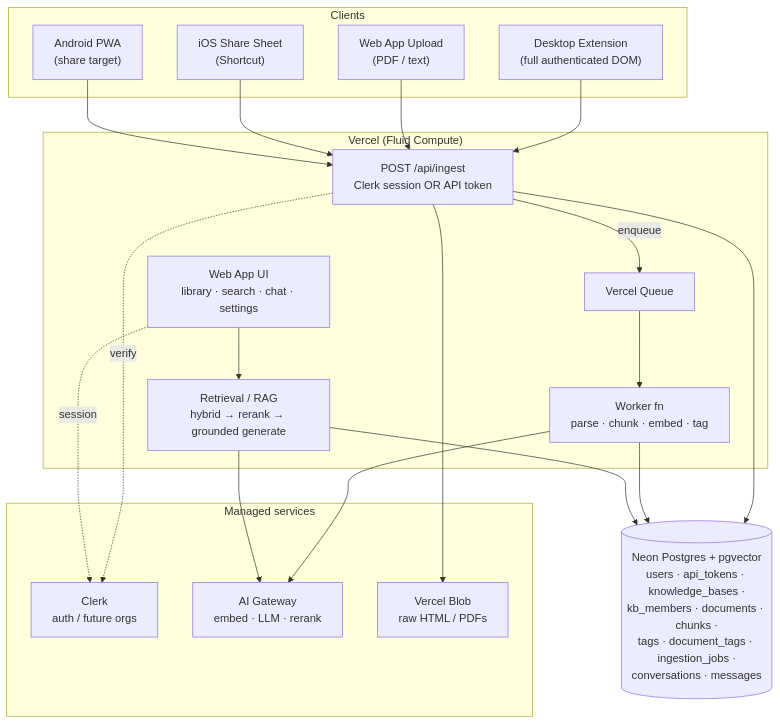
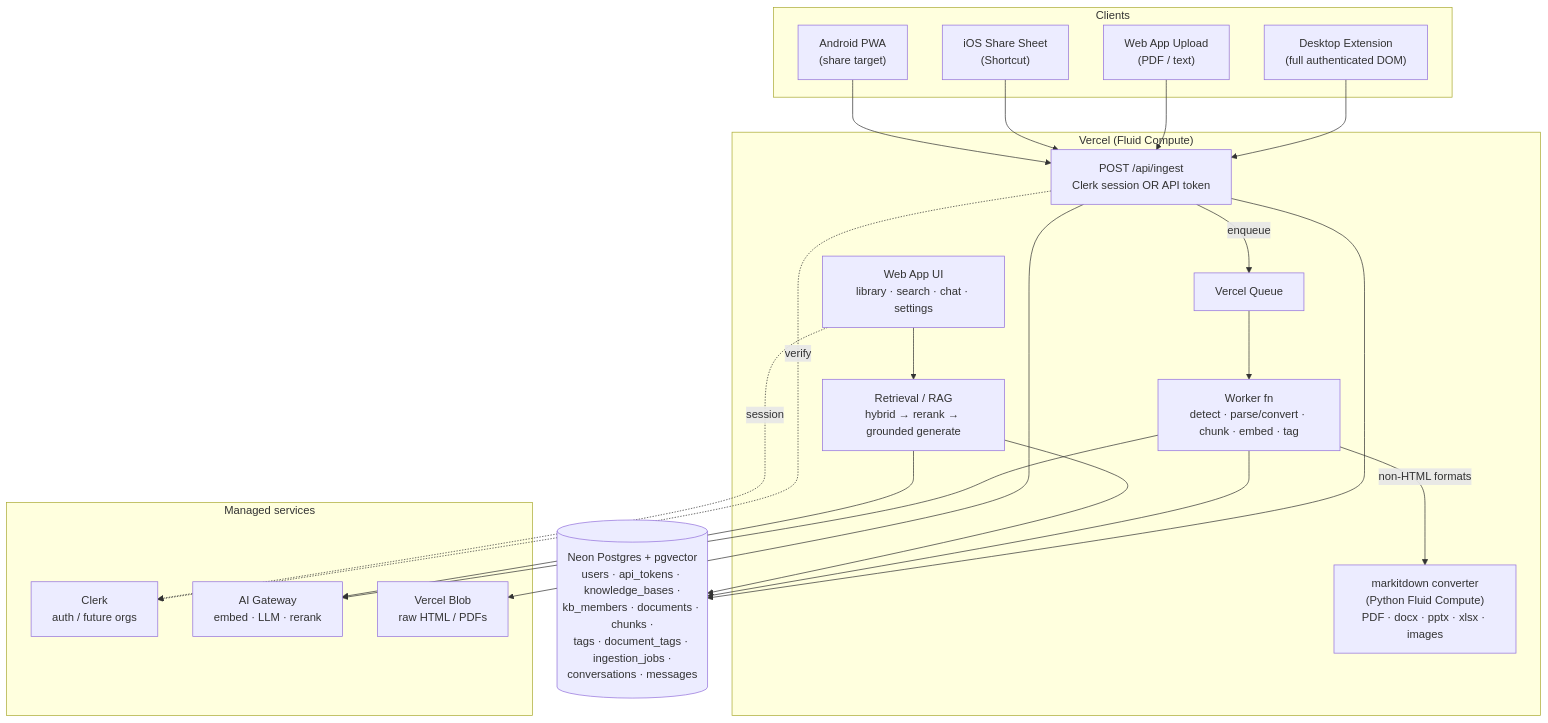
One commit to kamlau024/GoldenRetriever changed the first of 2 diagrams in docs/superpowers/specs/2026-06-14-goldenretriever-architecture-design.md. Above: the diagram before and after it, drawn with Mermaid. The commit also changed other lines of this file and 1 other file, not shown here.

First line of the commit message:
Add markitdown multi-format ingestion (Stage 0)

````diff
--- a/docs/superpowers/specs/2026-06-14-goldenretriever-architecture-design.md
+++ b/docs/superpowers/specs/2026-06-14-goldenretriever-architecture-design.md
@@ -61,43 +65,45 @@
 ```mermaid
 flowchart TB
     subgraph Clients
         EXT["Desktop Extension<br/>(full authenticated DOM)"]
         WEBUP["Web App Upload<br/>(PDF / text)"]
         IOS["iOS Share Sheet<br/>(Shortcut)"]
         APWA["Android PWA<br/>(share target)"]
     end
 
     subgraph Vercel["Vercel (Fluid Compute)"]
         INGEST["POST /api/ingest<br/>Clerk session OR API token"]
         QUEUE["Vercel Queue"]
-        WORKER["Worker fn<br/>parse · chunk · embed · tag"]
+        WORKER["Worker fn<br/>detect · parse/convert · chunk · embed · tag"]
+        CONV["markitdown converter<br/>(Python Fluid Compute)<br/>PDF · docx · pptx · xlsx · images"]
         UI["Web App UI<br/>library · search · chat · settings"]
         RAG["Retrieval / RAG<br/>hybrid → rerank → grounded generate"]
     end
 
     subgraph Services["Managed services"]
         CLERK["Clerk<br/>auth / future orgs"]
         GW["AI Gateway<br/>embed · LLM · rerank"]
         BLOB["Vercel Blob<br/>raw HTML / PDFs"]
     end
 
     DB[("Neon Postgres + pgvector<br/>users · api_tokens · knowledge_bases ·<br/>kb_members · documents · chunks ·<br/>tags · document_tags · ingestion_jobs ·<br/>conversations · messages")]
 
     EXT --> INGEST
     WEBUP --> INGEST
     IOS --> INGEST
     APWA --> INGEST
 
     INGEST -->|enqueue| QUEUE --> WORKER
     INGEST -.->|verify| CLERK
     INGEST --> DB
     INGEST --> BLOB
 
     WORKER --> GW
     WORKER --> DB
+    WORKER -->|non-HTML formats| CONV
 
     UI --> RAG
     UI -.->|session| CLERK
     RAG --> GW
     RAG --> DB
 ```
````
